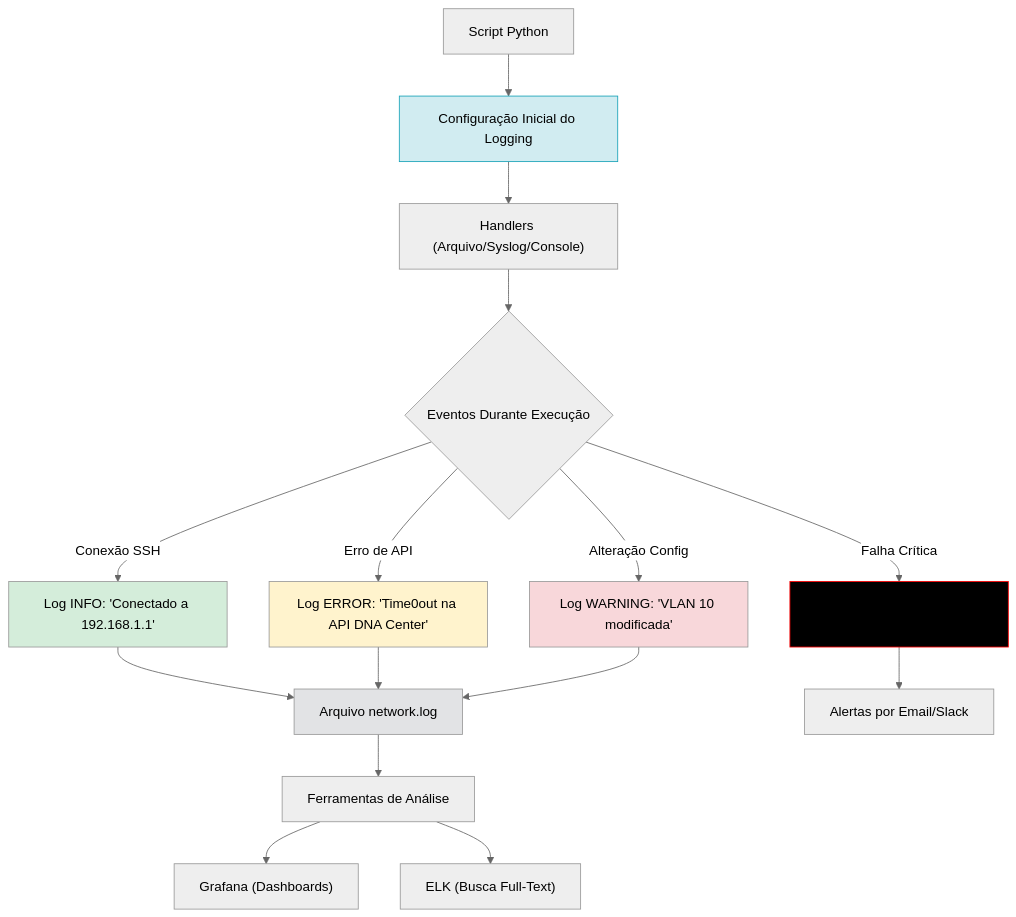
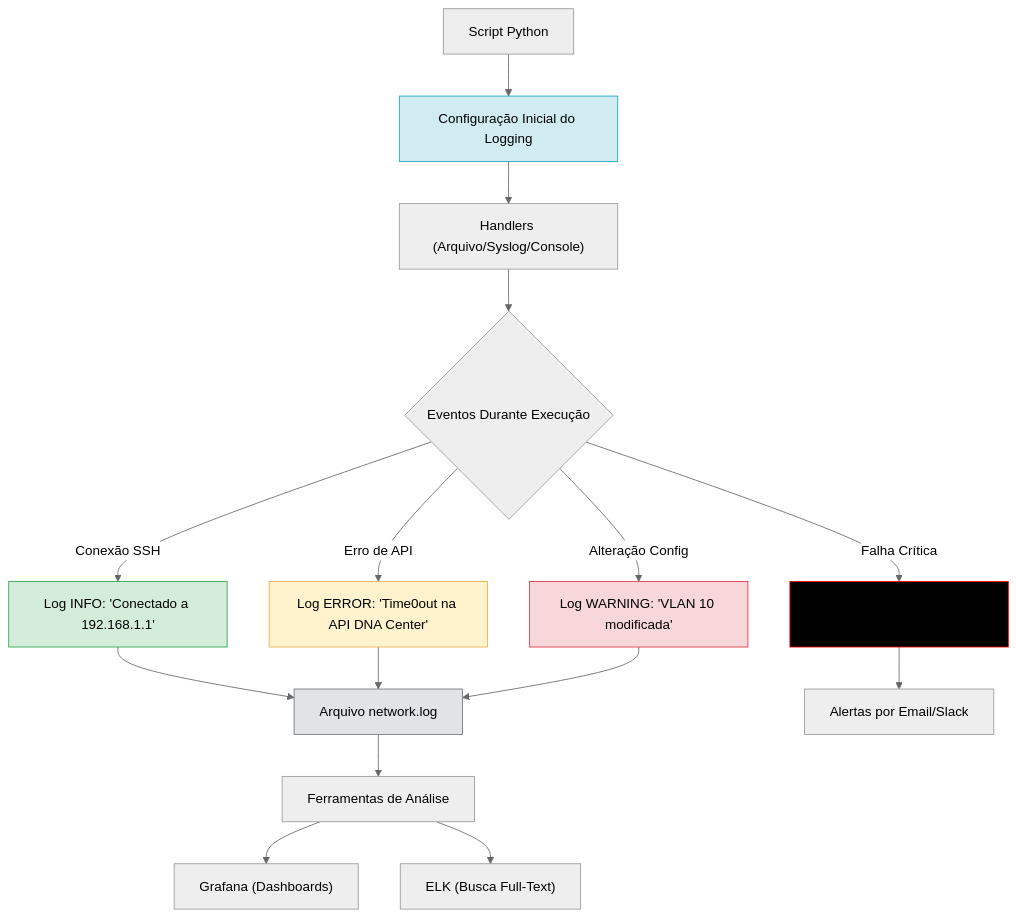
Before and after one commit to alcancil/Cisco: the diagram in CCNP 350-401 ENCOR/06 - Automation/17- Python - Basico 12 - Logging/README.md, drawn with Mermaid (neutral theme).

Commit message:
Alterado o arquivo README.md

````diff
--- a/CCNP 350-401 ENCOR/06 - Automation/17- Python - Basico 12 - Logging/README.md
+++ b/CCNP 350-401 ENCOR/06 - Automation/17- Python - Basico 12 - Logging/README.md
@@ -32,24 +32,24 @@
 ```mermaid
 graph TB
     A[Script Python] --> B[Configuração Inicial do Logging]
     B --> C["Handlers (Arquivo/Syslog/Console)"]
     C --> D{"Eventos Durante Execução"}
     D -->|Conexão SSH| E[Log INFO: 'Conectado a 192.168.1.1']
     D -->|Erro de API| F[Log ERROR: 'Time0out na API DNA Center']
     D -->|Alteração Config| G[Log WARNING: 'VLAN 10 modificada']
     D -->|Falha Crítica| H[Log CRITICAL: 'Dispositivo inacessível']
     E --> I[Arquivo network.log]
     F --> I
     G --> I
     H --> J[Alertas por Email/Slack]
     I --> K[Ferramentas de Análise]
     K --> L["Grafana (Dashboards)"]
     K --> M["ELK (Busca Full-Text)"]
 
-    style B fill:#d1ecf1,stroke:#17a2b8,color:#0000  # Configuracao
-    style E fill:#d4edda,stroke:#28a745  # INFO
-    style F fill:#fff3cd,stroke:#f0ad4e  # ERROR
-    style G fill:#f8d7da,stroke:#dc3545  # WARNING
+    style B fill:#d1ecf1,stroke:#17a2b8,color:#000000  # Configuracao
+    style E fill:#d4edda,stroke:#28a745,color:#000000  # INFO
+    style F fill:#fff3cd,stroke:#f0ad4e,color:#000000  # ERROR
+    style G fill:#f8d7da,stroke:#dc3545,color:#000000  # WARNING
     style H fill:#000000,stroke:#ff0000,color:#ffffff  # CRITICAL
-    style I fill:#e2e3e5,stroke:#6c757d  # Arquivo
+    style I fill:#e2e3e5,stroke:#6c757d,color:#000000  # Arquivo
 ```
````
